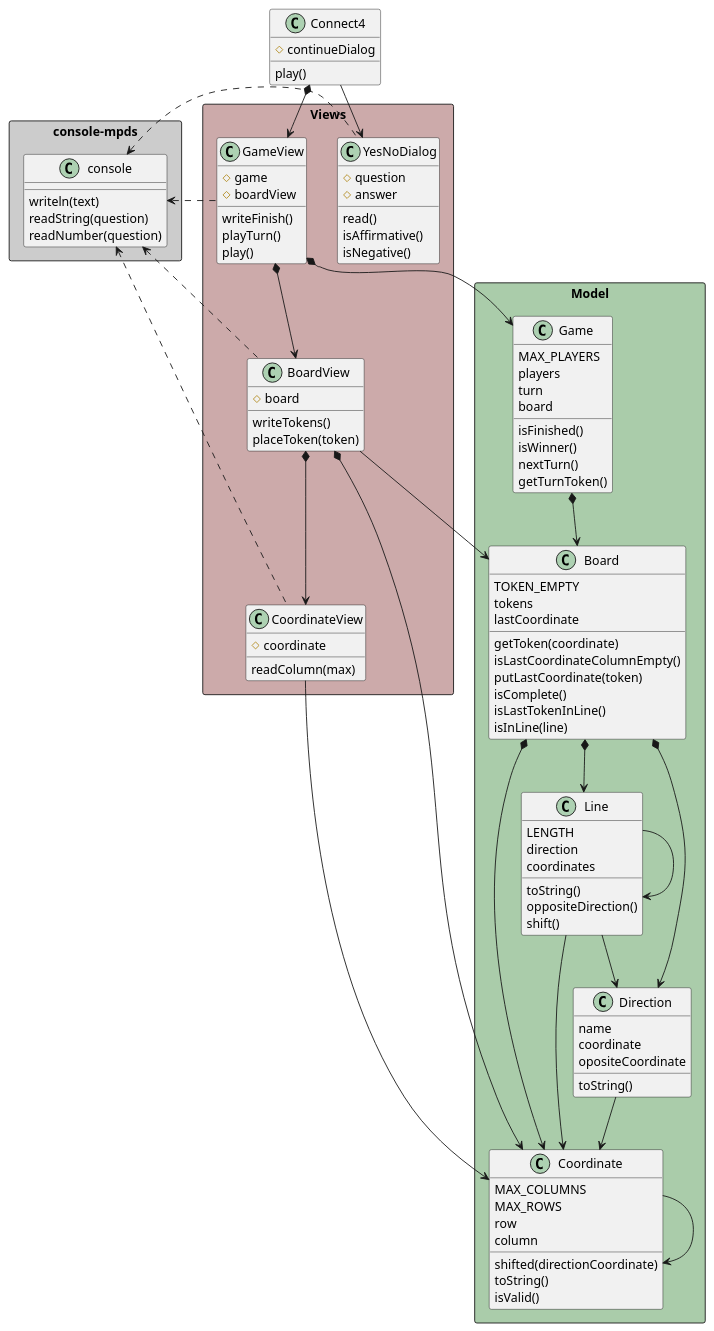
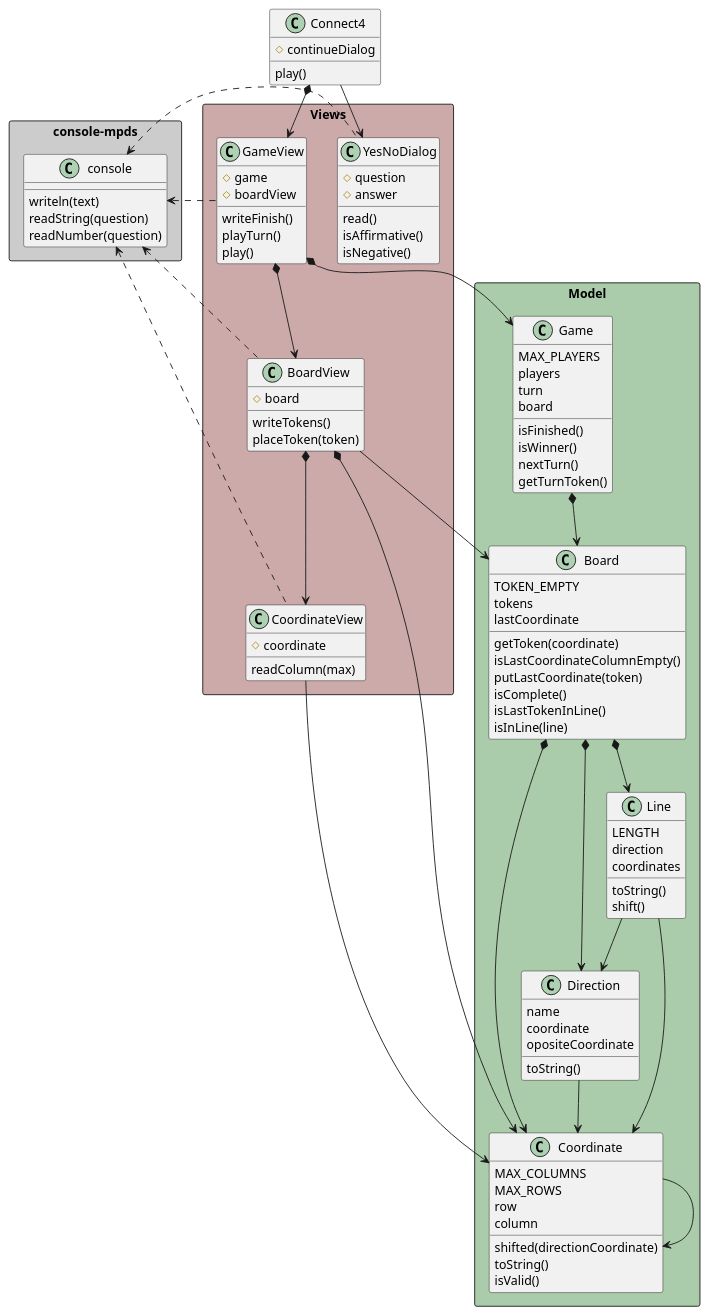
Before and after one commit to mpaulaherrero/escuelaIT: the diagram in game-connect4/docs/diagrams/objectOriented/constructorFunction/class diagram.plantuml, drawn with PlantUML. The commit also changed 2 other files, not shown here.

Commit message:
eliminar oppositeDirection() de Line no se usa

```diff
--- a/game-connect4/docs/diagrams/objectOriented/constructorFunction/class diagram.plantuml
+++ b/game-connect4/docs/diagrams/objectOriented/constructorFunction/class diagram.plantuml
@@ -1,127 +1,125 @@
 @startuml connect4_constructorFunction_classdiagram
 
 package "console-mpds" <<Rectangle>> #ccc {
     class console {
         writeln(text)
         readString(question)
         readNumber(question)
     }
 }
 
 package "Model" <<Rectangle>> #aca {
     class Coordinate {
         MAX_COLUMNS
         MAX_ROWS
         row
         column
         shifted(directionCoordinate)
         toString()
         isValid()
     }
 
     class Direction {
         name
         coordinate
         opositeCoordinate
         toString()
     }
 
     class Line {
         LENGTH
         direction
         coordinates
         toString()
-        oppositeDirection()
         shift()
     }
 
     class Board {
         TOKEN_EMPTY
         tokens
         lastCoordinate
         getToken(coordinate)
         isLastCoordinateColumnEmpty()
         putLastCoordinate(token)
         isComplete()
         isLastTokenInLine()
         isInLine(line)
     }
 
     class Game {
         MAX_PLAYERS
         players
         turn
         board
         isFinished()
         isWinner()
         nextTurn()
         getTurnToken()
     }
 }
 
 package "Views" <<Rectangle>> #caa {
     class CoordinateView {
         #coordinate
         readColumn(max)
     }
 
     class BoardView{
         #board
         writeTokens()
         placeToken(token)
     }
 
     class GameView {
         #game
         #boardView
         writeFinish()
         playTurn()
         play()
     }
 
     class YesNoDialog {
         #question
         #answer
         read()
         isAffirmative()
         isNegative()
     }
 }
 
 class Connect4 {
     #continueDialog
     play()
 }
 
 Coordinate -> Coordinate
 
 CoordinateView -> Coordinate
 
 Direction -down-> Coordinate
 
-Line -> Line
 Line -down-> Coordinate
 Line -down-> Direction
 
 Board *-down-> Coordinate
 Board *-down-> Direction
 Board *-down-> Line
 
 BoardView *-down-> CoordinateView
 BoardView -down-> Board
 BoardView *-down-> Coordinate
 
 Game *-down-> Board
 
 GameView *-down-> Game
 GameView *-down-> BoardView
 
 Connect4 -down-> YesNoDialog
 Connect4 *-down-> GameView
 
 YesNoDialog .-l-> console
 GameView .-l-> console
 BoardView .-l-> console
 CoordinateView .-l-> console
 
 @enduml
```
